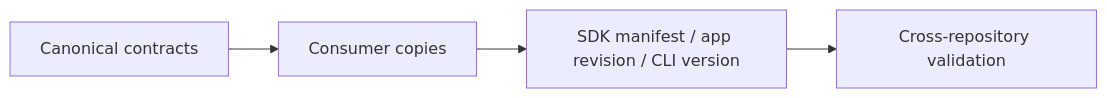
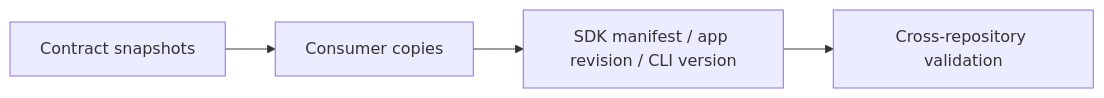
One commit to risense-ai/respire-docs changed the diagram in docs/contracts.md. Above: the diagram before and after it, drawn with Mermaid. The commit also changed other lines of this file and 117 other files, not shown here.

````diff
--- a/docs/contracts.md
+++ b/docs/contracts.md
@@ -13,6 +17,6 @@
 ```mermaid
 flowchart LR
-  Canonical["Canonical contracts"] --> Copies["Consumer copies"]
+  Canonical["Contract snapshots"] --> Copies["Consumer copies"]
   Copies --> Pins["SDK manifest / app revision / CLI version"]
   Pins --> Checks["Cross-repository validation"]
 ```
````
